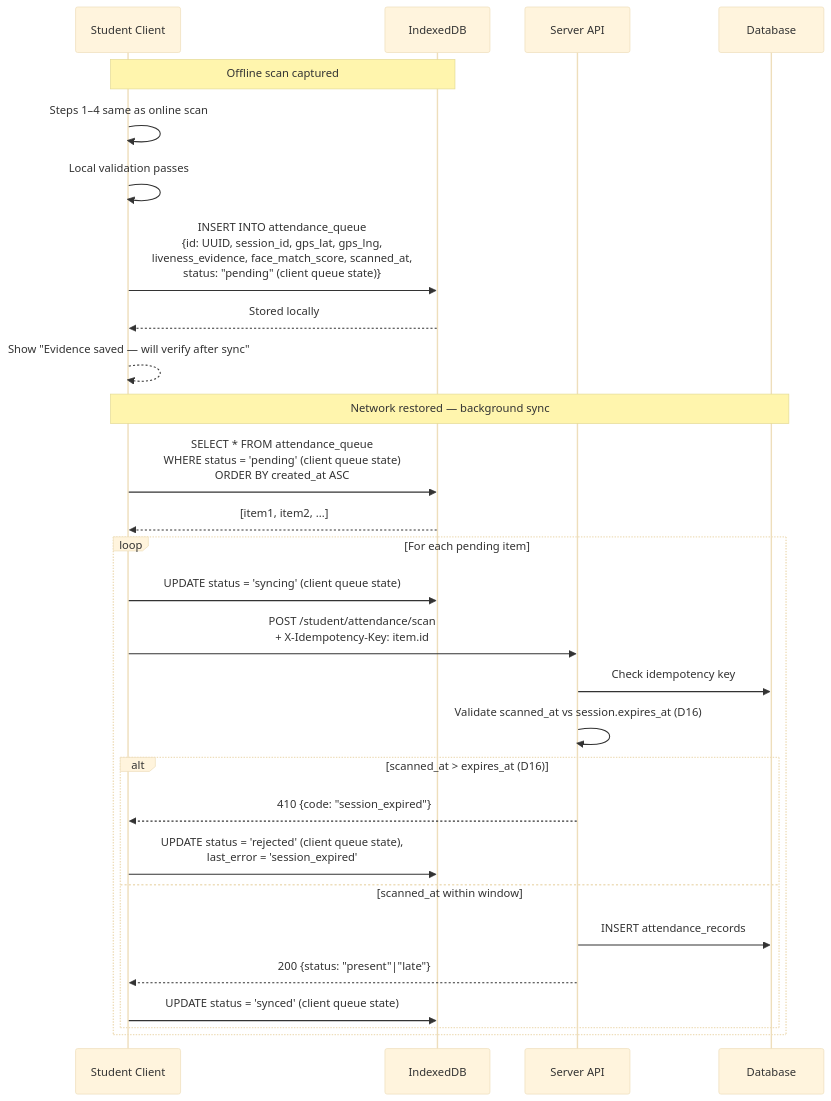
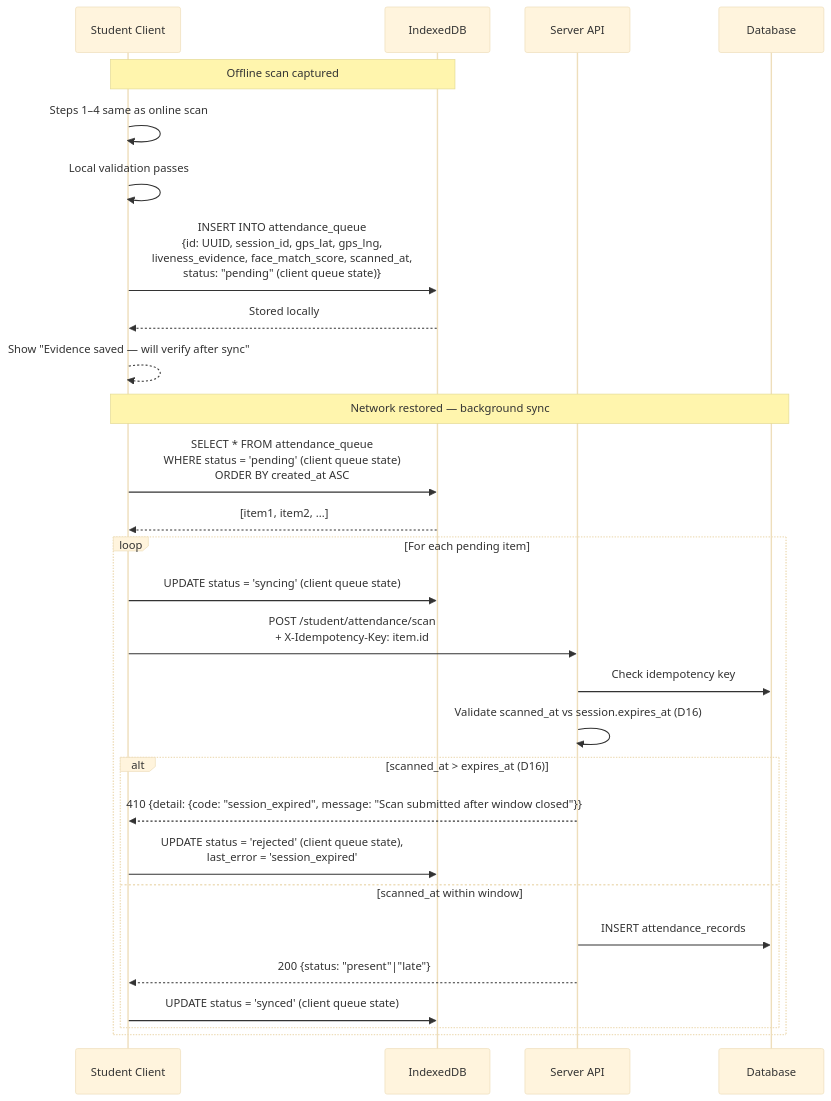
One commit to dhenji/qr_based_attendance_system changed the second of 7 diagrams in docs/architecture/data-flow.md. Above: the diagram before and after it, drawn with Mermaid (base theme). The commit also changed 22 other files, not shown here.

````diff
--- a/docs/architecture/data-flow.md
+++ b/docs/architecture/data-flow.md
@@ -72,36 +72,36 @@
 ```mermaid
 sequenceDiagram
     participant S as Student Client
     participant IDB as IndexedDB
     participant API as Server API
     participant DB as Database
 
     Note over S,IDB: Offline scan captured
 
     S->>S: Steps 1–4 same as online scan
     S->>S: Local validation passes
     S->>IDB: INSERT INTO attendance_queue<br>{id: UUID, session_id, gps_lat, gps_lng,<br>liveness_evidence, face_match_score, scanned_at,<br>status: "pending" (client queue state)}
     IDB-->>S: Stored locally
     S-->>S: Show "Evidence saved — will verify after sync"
 
     Note over S,DB: Network restored — background sync
 
     S->>IDB: SELECT * FROM attendance_queue<br>WHERE status = 'pending' (client queue state)<br>ORDER BY created_at ASC
     IDB-->>S: [item1, item2, ...]
 
     loop For each pending item
         S->>IDB: UPDATE status = 'syncing' (client queue state)
         S->>API: POST /student/attendance/scan<br>+ X-Idempotency-Key: item.id
         API->>DB: Check idempotency key
         API->>API: Validate scanned_at vs session.expires_at (D16)
 
         alt scanned_at > expires_at (D16)
-            API-->>S: 410 {code: "session_expired"}
+            API-->>S: 410 {detail: {code: "session_expired", message: "Scan submitted after window closed"}}
             S->>IDB: UPDATE status = 'rejected' (client queue state),<br>last_error = 'session_expired'
         else scanned_at within window
             API->>DB: INSERT attendance_records
             API-->>S: 200 {status: "present"|"late"}
             S->>IDB: UPDATE status = 'synced' (client queue state)
         end
     end
 ```
````
